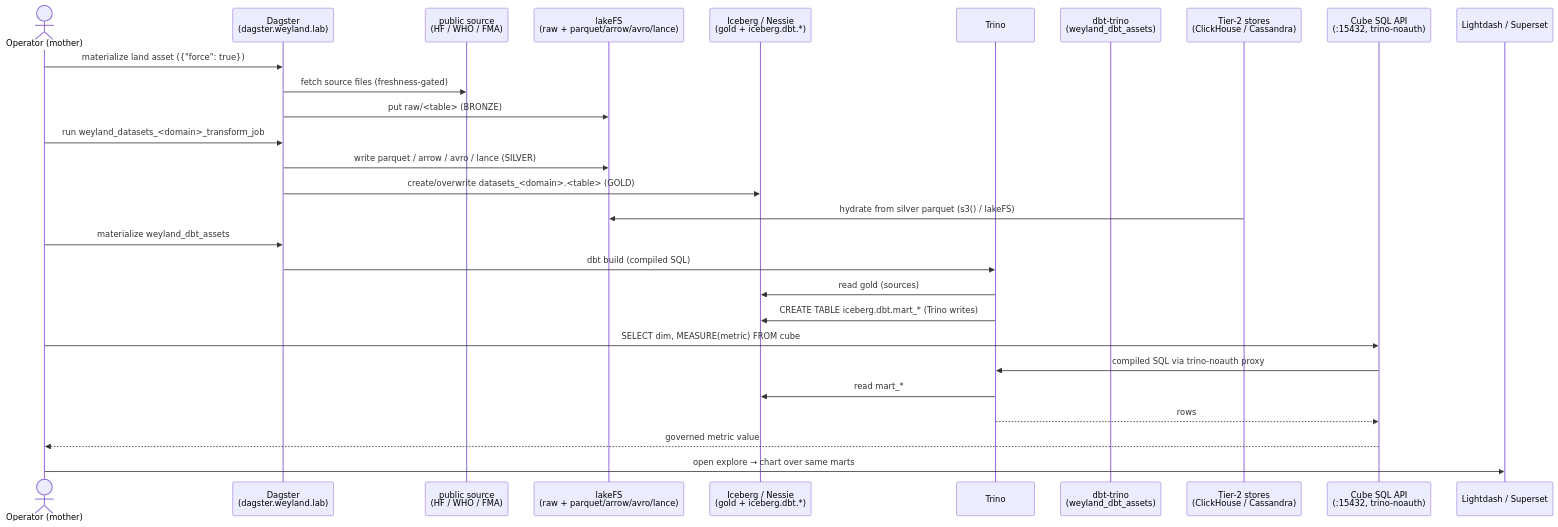
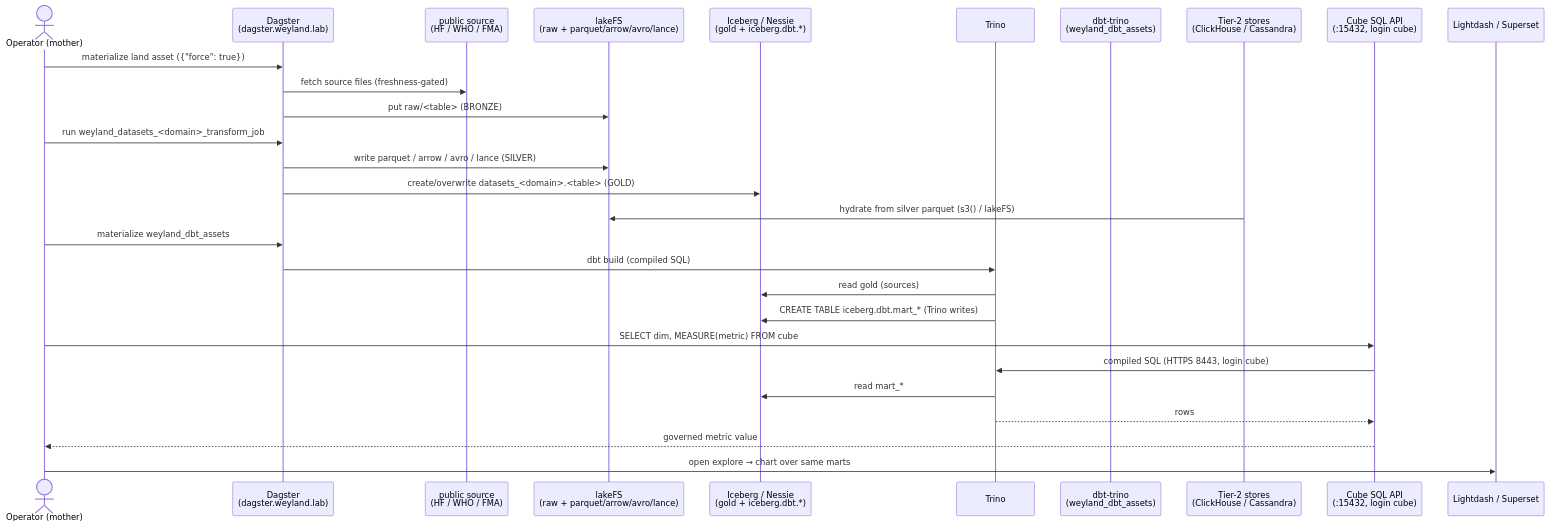
Before and after one commit to edtbl76/weyland-lab: the diagram in docs/demos/lakehouse-e2e.md, drawn with Mermaid. The commit also changed other lines of this file and 96 other files, not shown here.

Commit message:
Enforce Trino authentication (B233): require passwords over HTTPS (8443) for all callers. Update scripts, docs, tests, and configs accordingly. Add sealed secrets for required credentials.

````diff
--- a/docs/demos/lakehouse-e2e.md
+++ b/docs/demos/lakehouse-e2e.md
@@ -26,31 +26,31 @@
 ```mermaid
 sequenceDiagram
     actor Op as Operator (mother)
     participant DAG as Dagster<br/>(dagster.weyland.lab)
     participant Src as public source<br/>(HF / WHO / FMA)
     participant Lake as lakeFS<br/>(raw + parquet/arrow/avro/lance)
     participant Ice as Iceberg / Nessie<br/>(gold + iceberg.dbt.*)
     participant Trino as Trino
     participant DBT as dbt-trino<br/>(weyland_dbt_assets)
     participant T2 as Tier-2 stores<br/>(ClickHouse / Cassandra)
-    participant Cube as Cube SQL API<br/>(:15432, trino-noauth)
+    participant Cube as Cube SQL API<br/>(:15432, login cube)
     participant LD as Lightdash / Superset
 
     Op->>DAG: materialize land asset ({"force": true})
     DAG->>Src: fetch source files (freshness-gated)
     DAG->>Lake: put raw/<table> (BRONZE)
     Op->>DAG: run weyland_datasets_<domain>_transform_job
     DAG->>Lake: write parquet / arrow / avro / lance (SILVER)
     DAG->>Ice: create/overwrite datasets_<domain>.<table> (GOLD)
     T2->>Lake: hydrate from silver parquet (s3() / lakeFS)
     Op->>DAG: materialize weyland_dbt_assets
     DAG->>Trino: dbt build (compiled SQL)
     Trino->>Ice: read gold (sources)
     Trino->>Ice: CREATE TABLE iceberg.dbt.mart_* (Trino writes)
     Op->>Cube: SELECT dim, MEASURE(metric) FROM cube
-    Cube->>Trino: compiled SQL via trino-noauth proxy
+    Cube->>Trino: compiled SQL (HTTPS 8443, login cube)
     Trino->>Ice: read mart_*
     Trino-->>Cube: rows
     Cube-->>Op: governed metric value
     Op->>LD: open explore → chart over same marts
 ```
````
